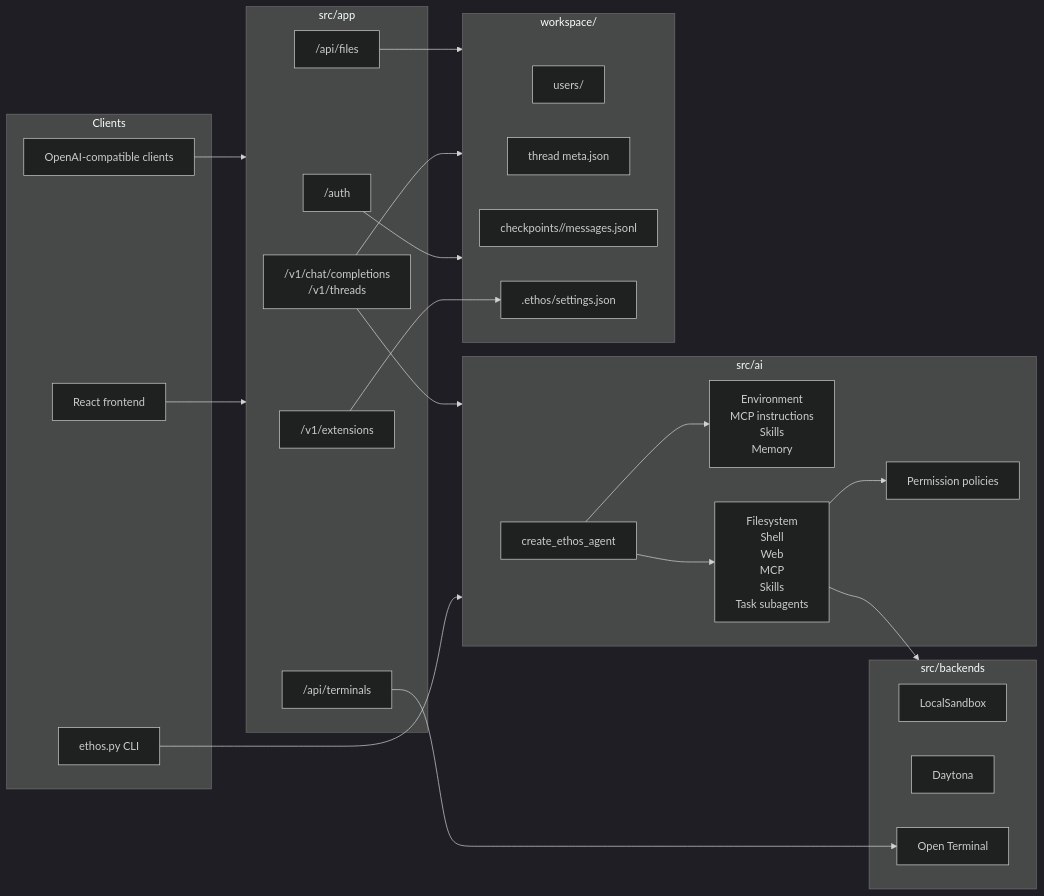
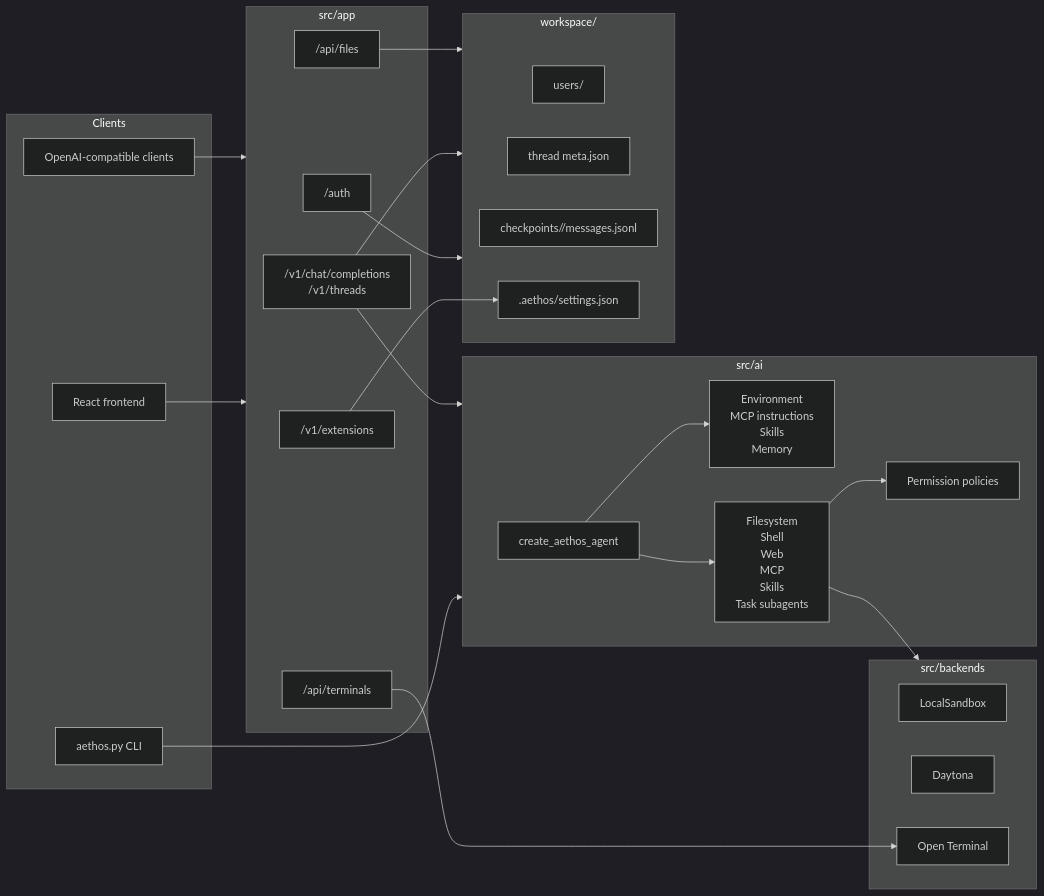
The diagram in README.md (nstung463/Aethos), drawn with Mermaid (dark theme) before and after one commit. The commit also changed other lines of this file and 39 other files, not shown here.

````diff
--- a/README.md
+++ b/README.md
@@ -86,50 +86,50 @@
 ```mermaid
 flowchart LR
   subgraph Clients
     UI["React frontend"]
-    CLI["ethos.py CLI"]
+    CLI["aethos.py CLI"]
     APIClient["OpenAI-compatible clients"]
   end
 
   subgraph FastAPI["src/app"]
     Auth["/auth"]
     Chat["/v1/chat/completions\n/v1/threads"]
     Files["/api/files"]
     Terminals["/api/terminals"]
     Extensions["/v1/extensions"]
   end
 
   subgraph Agent["src/ai"]
-    Factory["create_ethos_agent"]
+    Factory["create_aethos_agent"]
     Middleware["Environment\nMCP instructions\nSkills\nMemory"]
     Tools["Filesystem\nShell\nWeb\nMCP\nSkills\nTask subagents"]
     Permissions["Permission policies"]
   end
 
   subgraph Backends["src/backends"]
     Local["LocalSandbox"]
     Daytona["Daytona"]
     OpenTerminal["Open Terminal"]
   end
 
   subgraph Storage["workspace/"]
     Users["users/<id>"]
     Threads["thread meta.json"]
     Checkpoints["checkpoints/<thread>/messages.jsonl"]
-    Settings[".ethos/settings.json"]
+    Settings[".aethos/settings.json"]
   end
 
   UI --> FastAPI
   APIClient --> FastAPI
   CLI --> Agent
   Chat --> Agent
   Auth --> Storage
   Chat --> Storage
   Extensions --> Settings
   Files --> Storage
   Terminals --> OpenTerminal
   Factory --> Middleware
   Factory --> Tools
   Tools --> Permissions
   Tools --> Backends
 ```
````
